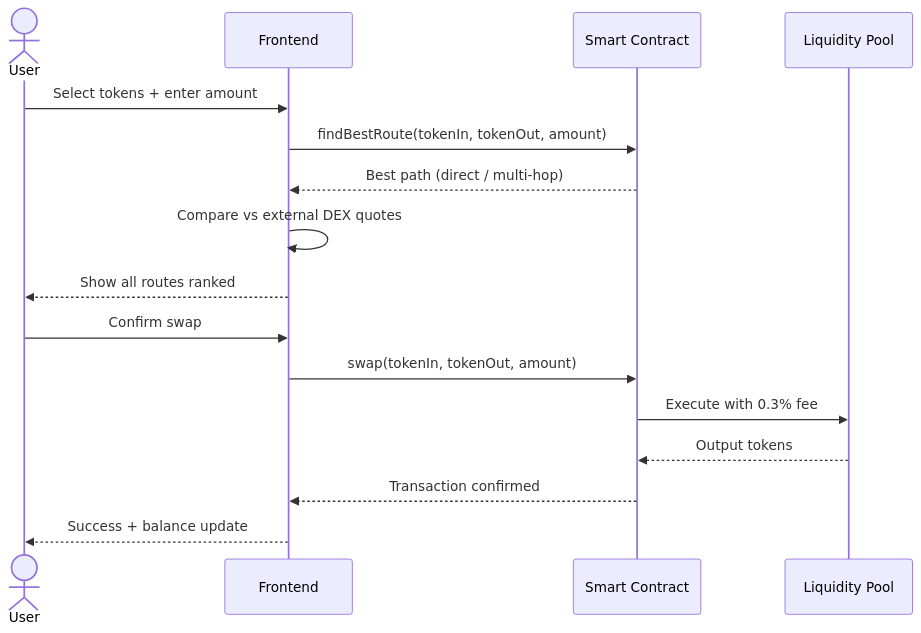
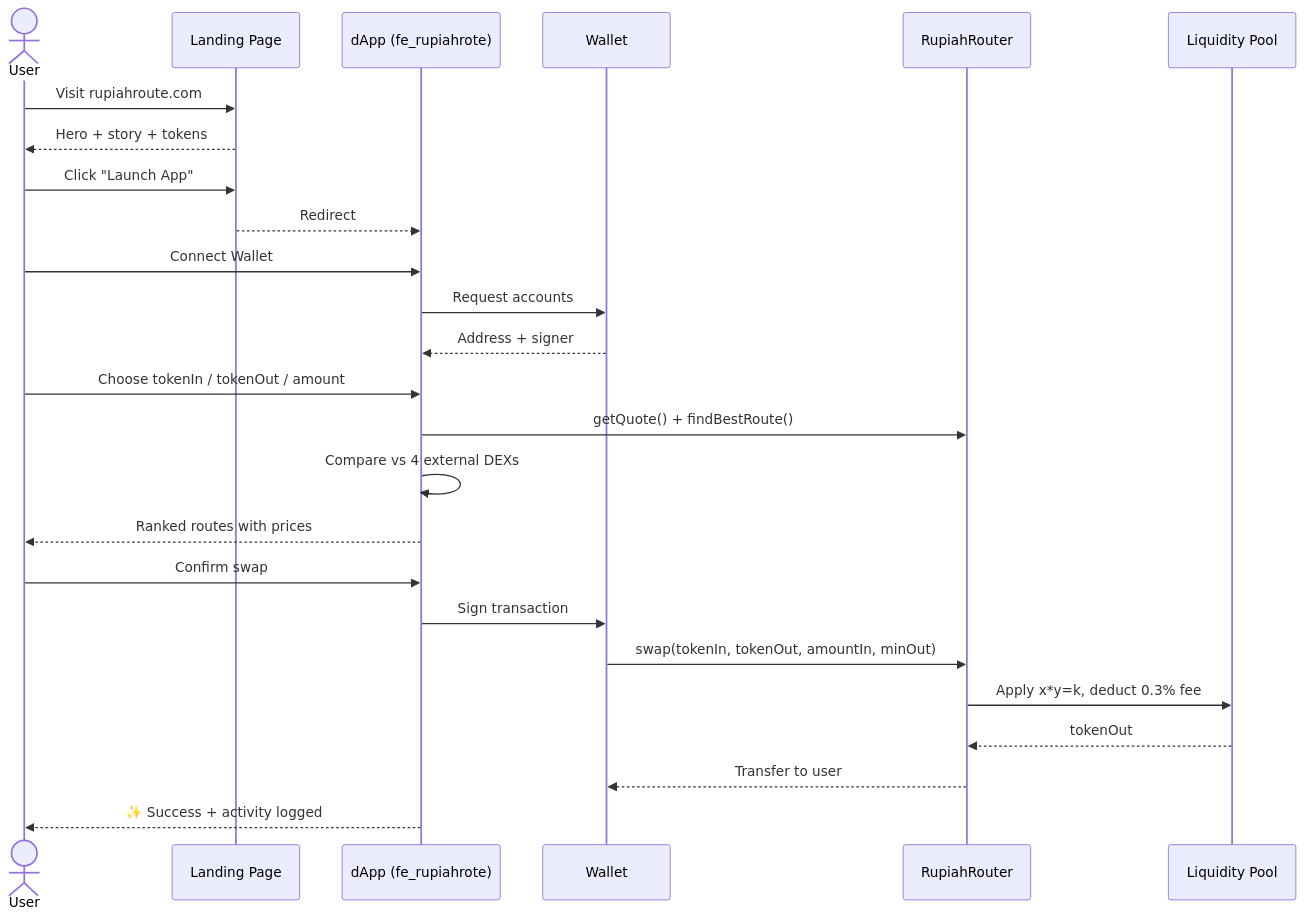
The fourth of 7 diagrams in README.md (EzraNahumury/initia), drawn with Mermaid before and after one commit. The commit also changed other lines of this file and 4 other files, not shown here.

````diff
--- a/README.md
+++ b/README.md
@@ -182,20 +184,31 @@
 ```mermaid
 sequenceDiagram
-    actor User
-    participant UI as Frontend
-    participant SC as Smart Contract
-    participant Pool as Liquidity Pool
+    actor U as User
+    participant LP as Landing Page
+    participant APP as dApp (fe_rupiahrote)
+    participant W as Wallet
+    participant R as RupiahRouter
+    participant P as Liquidity Pool
 
-    User->>UI: Select tokens + enter amount
-    UI->>SC: findBestRoute(tokenIn, tokenOut, amount)
-    SC-->>UI: Best path (direct / multi-hop)
-    UI->>UI: Compare vs external DEX quotes
-    UI-->>User: Show all routes ranked
+    U->>LP: Visit rupiahroute.com
+    LP-->>U: Hero + story + tokens
+    U->>LP: Click "Launch App"
+    LP-->>APP: Redirect
 
-    User->>UI: Confirm swap
-    UI->>SC: swap(tokenIn, tokenOut, amount)
-    SC->>Pool: Execute with 0.3% fee
-    Pool-->>SC: Output tokens
-    SC-->>UI: Transaction confirmed
-    UI-->>User: Success + balance update
+    U->>APP: Connect Wallet
+    APP->>W: Request accounts
+    W-->>APP: Address + signer
+
+    U->>APP: Choose tokenIn / tokenOut / amount
+    APP->>R: getQuote() + findBestRoute()
+    APP->>APP: Compare vs 4 external DEXs
+    APP-->>U: Ranked routes with prices
+
+    U->>APP: Confirm swap
+    APP->>W: Sign transaction
+    W->>R: swap(tokenIn, tokenOut, amountIn, minOut)
+    R->>P: Apply x*y=k, deduct 0.3% fee
+    P-->>R: tokenOut
+    R-->>W: Transfer to user
+    APP-->>U: ✨ Success + activity logged
 ```
````
